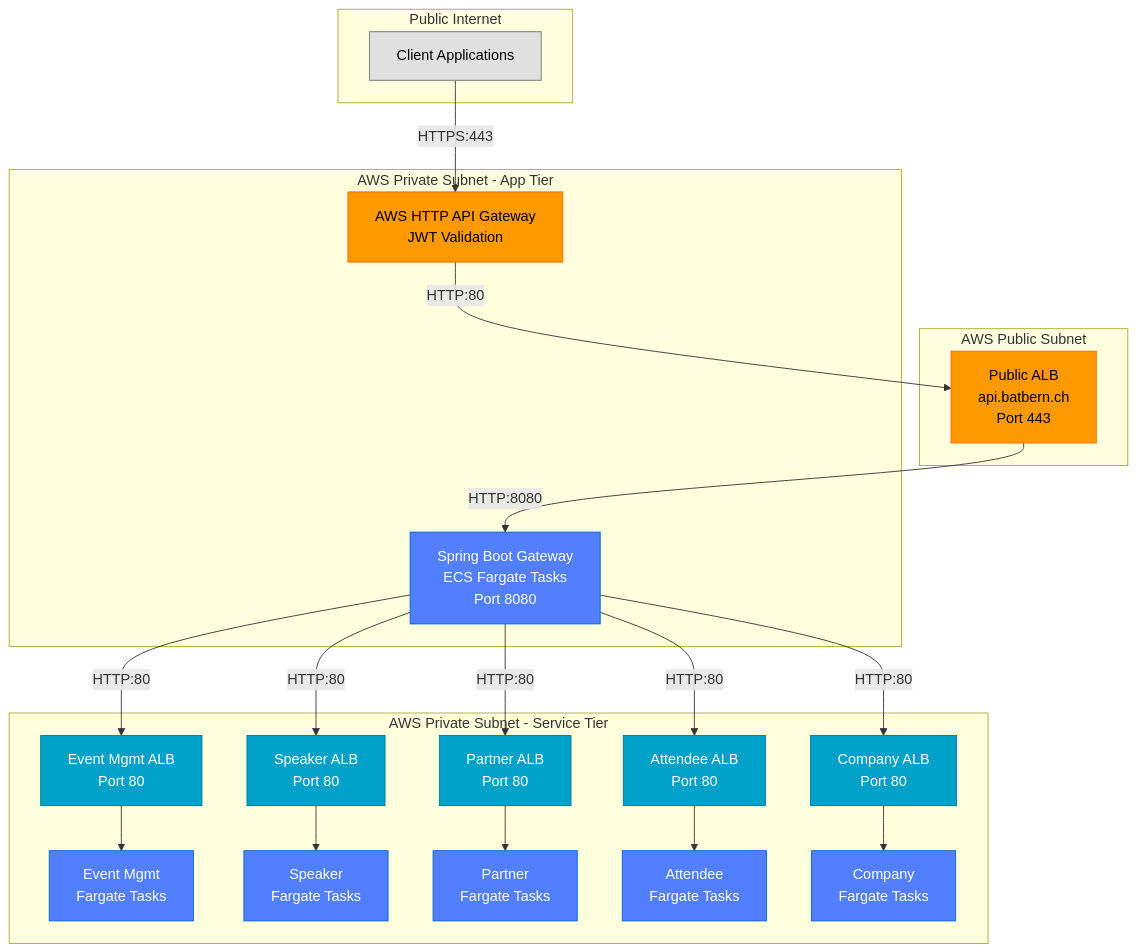
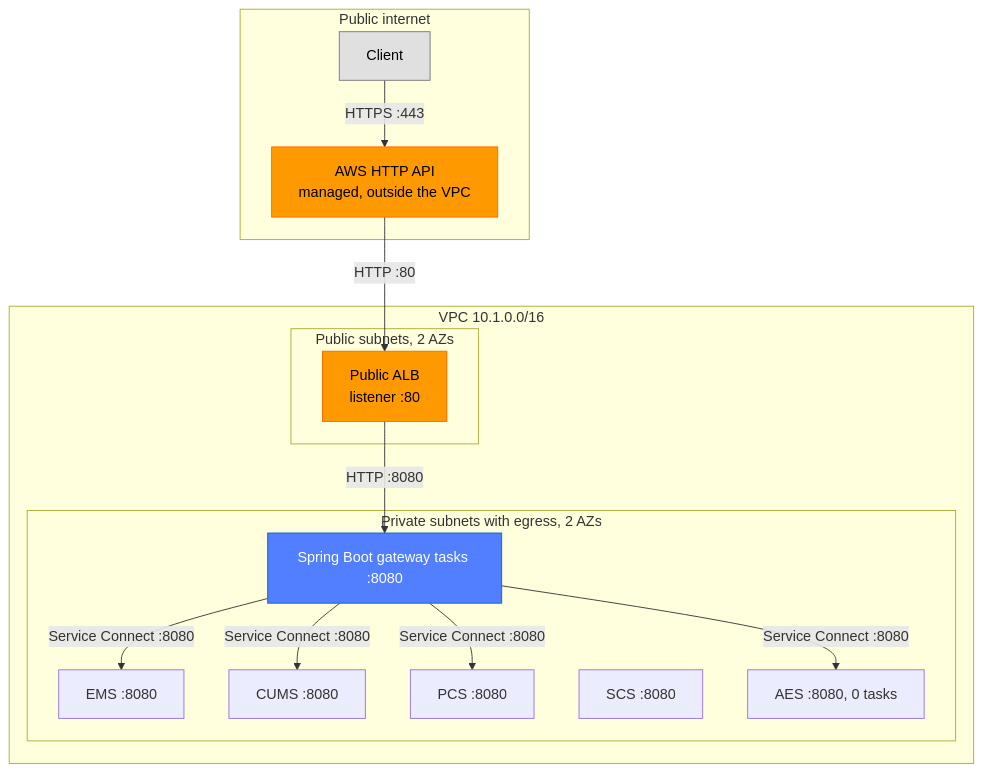
One commit to nissimbuchs/BATbern2 changed diagram 11 of 26 in docs/architecture/02-infrastructure-deployment.md. Above: the diagram before and after it, drawn with Mermaid. The commit also changed other lines of this file and 164 other files, not shown here.

First line of the commit message:
docs: documentation audit before BATbern60 (user guide, screenshots, PRD, architecture diagrams) (#1224)

````diff
--- a/docs/architecture/02-infrastructure-deployment.md
+++ b/docs/architecture/02-infrastructure-deployment.md
@@ -650,56 +615,31 @@
 ```mermaid
 graph TB
-    subgraph "Public Internet"
-        CLIENT[Client Applications]
+    subgraph INET["Public internet"]
+        CLIENT["Client"]
+        HTTPAPI["AWS HTTP API<br/>managed, outside the VPC"]
     end
 
-    subgraph "AWS Public Subnet"
-        ALB_PUBLIC[Public ALB<br/>api.batbern.ch<br/>Port 443]
+    subgraph VPC["VPC 10.1.0.0/16"]
+        subgraph PUB["Public subnets, 2 AZs"]
+            ALB_PUBLIC["Public ALB<br/>listener :80"]
+        end
+        subgraph PRIV["Private subnets with egress, 2 AZs"]
+            GW_TASKS["Spring Boot gateway tasks :8080"]
+            SVC_EM["EMS :8080"]
+            SVC_CM["CUMS :8080"]
+            SVC_PC["PCS :8080"]
+            SVC_SC["SCS :8080"]
+            SVC_AE["AES :8080, 0 tasks"]
+        end
     end
 
-    subgraph "AWS Private Subnet - App Tier"
-        HTTPAPI[AWS HTTP API Gateway<br/>JWT Validation]
-        GW_TASKS[Spring Boot Gateway<br/>ECS Fargate Tasks<br/>Port 8080]
-    end
-
-    subgraph "AWS Private Subnet - Service Tier"
-        ALB_EM[Event Mgmt ALB<br/>Port 80]
-        ALB_SC[Speaker ALB<br/>Port 80]
-        ALB_PC[Partner ALB<br/>Port 80]
-        ALB_AE[Attendee ALB<br/>Port 80]
-        ALB_CM[Company ALB<br/>Port 80]
-
-        SVC_EM[Event Mgmt<br/>Fargate Tasks]
-        SVC_SC[Speaker<br/>Fargate Tasks]
-        SVC_PC[Partner<br/>Fargate Tasks]
-        SVC_AE[Attendee<br/>Fargate Tasks]
-        SVC_CM[Company<br/>Fargate Tasks]
-    end
-
-    CLIENT -->|HTTPS:443| HTTPAPI
-    HTTPAPI -->|HTTP:80| ALB_PUBLIC
-    ALB_PUBLIC -->|HTTP:8080| GW_TASKS
-
-    GW_TASKS -->|HTTP:80| ALB_EM & ALB_SC & ALB_PC & ALB_AE & ALB_CM
-
-    ALB_EM --> SVC_EM
-    ALB_SC --> SVC_SC
-    ALB_PC --> SVC_PC
-    ALB_AE --> SVC_AE
-    ALB_CM --> SVC_CM
+    CLIENT -->|"HTTPS :443"| HTTPAPI
+    HTTPAPI -->|"HTTP :80"| ALB_PUBLIC
+    ALB_PUBLIC -->|"HTTP :8080"| GW_TASKS
+    GW_TASKS -->|"Service Connect :8080"| SVC_EM & SVC_CM & SVC_PC & SVC_AE
 
     style CLIENT fill:#E0E0E0,stroke:#757575,color:#000
     style HTTPAPI fill:#FF9900,stroke:#FF6600,color:#000
     style ALB_PUBLIC fill:#FF9900,stroke:#FF6600,color:#000
     style GW_TASKS fill:#527FFF,stroke:#0066CC,color:#fff
-    style ALB_EM fill:#00A1C9,stroke:#007A99,color:#fff
-    style ALB_SC fill:#00A1C9,stroke:#007A99,color:#fff
-    style ALB_PC fill:#00A1C9,stroke:#007A99,color:#fff
-    style ALB_AE fill:#00A1C9,stroke:#007A99,color:#fff
-    style ALB_CM fill:#00A1C9,stroke:#007A99,color:#fff
-    style SVC_EM fill:#527FFF,stroke:#0066CC,color:#fff
-    style SVC_SC fill:#527FFF,stroke:#0066CC,color:#fff
-    style SVC_PC fill:#527FFF,stroke:#0066CC,color:#fff
-    style SVC_AE fill:#527FFF,stroke:#0066CC,color:#fff
-    style SVC_CM fill:#527FFF,stroke:#0066CC,color:#fff
 ```
````
